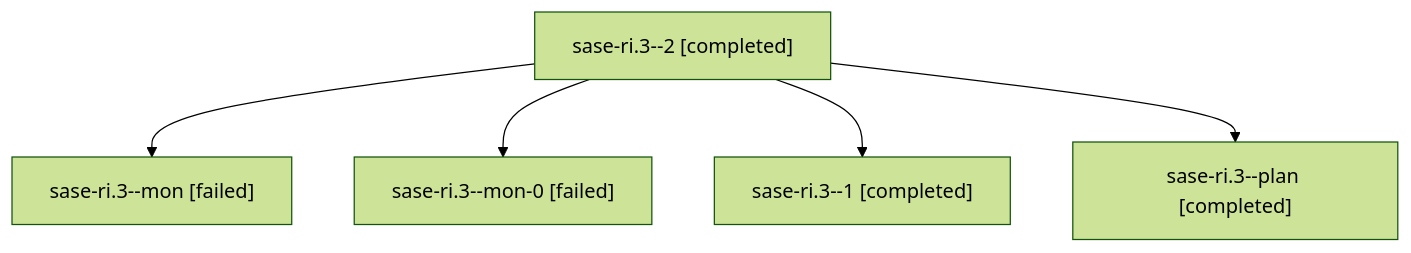
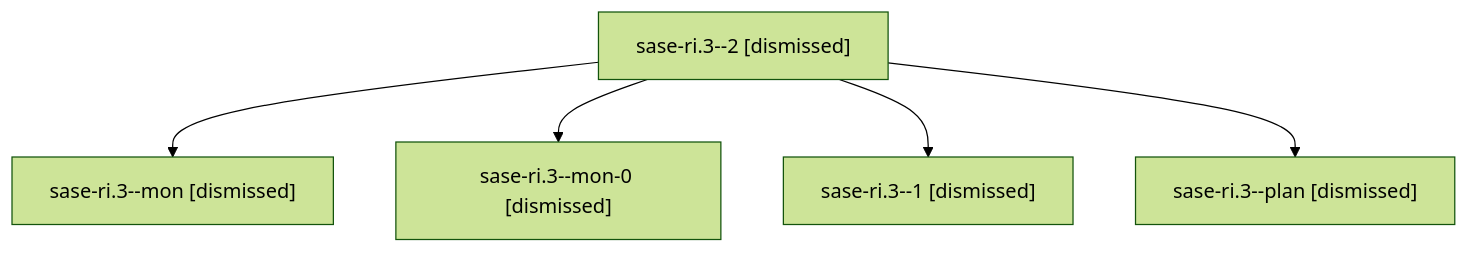
Before and after one commit to sase-org/sase--agents: the diagram in families/bbugyi200.athena.sase-ri.3.md, drawn with Mermaid (forest theme). The commit also changed other lines of this file and 151 other files, not shown here.

````diff
--- a/families/bbugyi200.athena.sase-ri.3.md
+++ b/families/bbugyi200.athena.sase-ri.3.md
@@ -9,12 +9,12 @@
 ```mermaid
 flowchart TD
-  n0["sase-ri.3--2 [completed]"]
-  n1["sase-ri.3--mon [failed]"]
+  n0["sase-ri.3--2 [dismissed]"]
+  n1["sase-ri.3--mon [dismissed]"]
   n0 --> n1
-  n2["sase-ri.3--mon-0 [failed]"]
+  n2["sase-ri.3--mon-0 [dismissed]"]
   n0 --> n2
-  n3["sase-ri.3--1 [completed]"]
+  n3["sase-ri.3--1 [dismissed]"]
   n0 --> n3
-  n4["sase-ri.3--plan [completed]"]
+  n4["sase-ri.3--plan [dismissed]"]
   n0 --> n4
 ```
````
